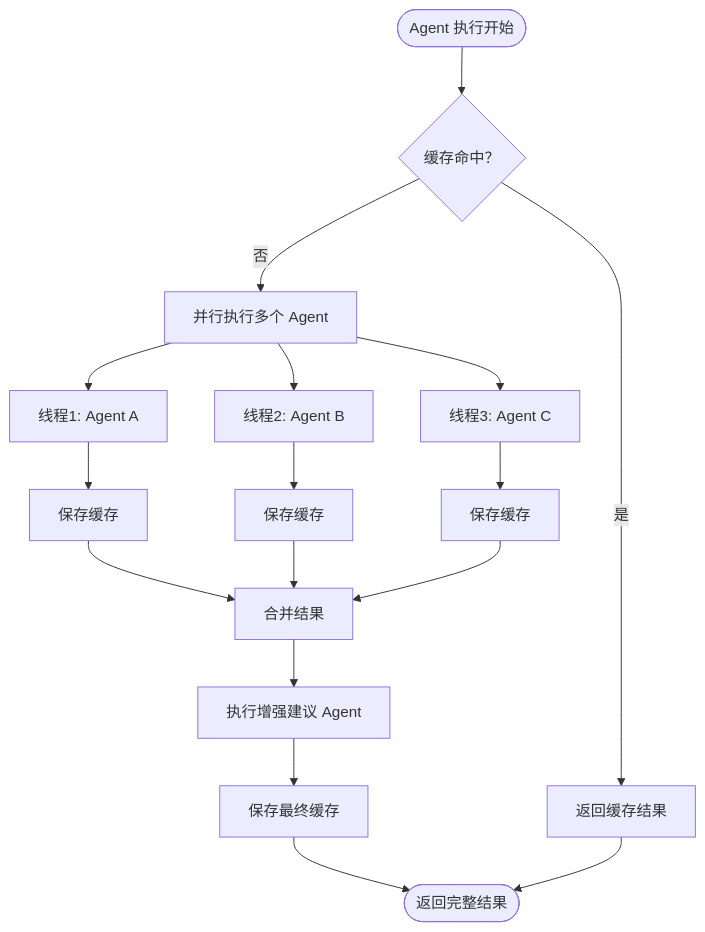
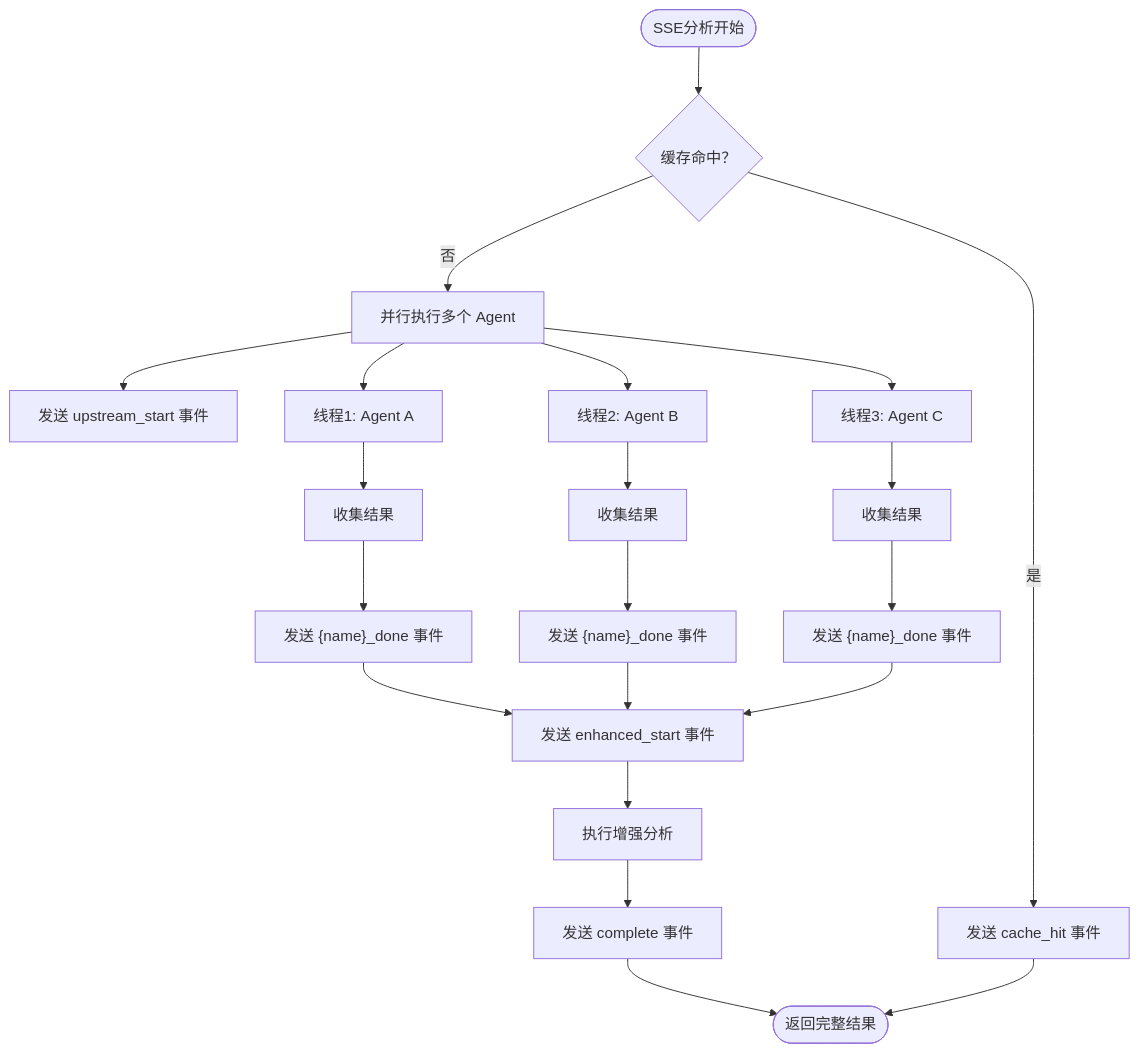
One commit to Moruime/stock_foker changed the sixth of 7 diagrams in .qoder/repowiki/zh/content/部署运维/性能优化.md. Above: the diagram before and after it, drawn with Mermaid. The commit also changed other lines of this file and 16 other files, not shown here.

````diff
--- a/.qoder/repowiki/zh/content/部署运维/性能优化.md
+++ b/.qoder/repowiki/zh/content/部署运维/性能优化.md
@@ -360,19 +387,23 @@
 ```mermaid
 flowchart TD
-Start(["Agent 执行开始"]) --> CheckCache{"缓存命中？"}
-CheckCache --> |是| ReturnCache["返回缓存结果"]
+Start(["SSE分析开始"]) --> CheckCache{"缓存命中？"}
+CheckCache --> |是| CacheHit["发送 cache_hit 事件"]
 CheckCache --> |否| ParallelExec["并行执行多个 Agent"]
-ParallelExec --> Thread1["线程1: Agent A"]
-ParallelExec --> Thread2["线程2: Agent B"]
-ParallelExec --> Thread3["线程3: Agent C"]
-Thread1 --> SaveCache1["保存缓存"]
-Thread2 --> SaveCache2["保存缓存"]
-Thread3 --> SaveCache3["保存缓存"]
-SaveCache1 --> MergeResults["合并结果"]
-SaveCache2 --> MergeResults
-SaveCache3 --> MergeResults
-MergeResults --> Enhanced["执行增强建议 Agent"]
-Enhanced --> FinalCache["保存最终缓存"]
-FinalCache --> End(["返回完整结果"])
-ReturnCache --> End
+ParallelExec --> UpstreamStart["发送 upstream_start 事件"]
+ParallelExec --> Worker1["线程1: Agent A"]
+ParallelExec --> Worker2["线程2: Agent B"]
+ParallelExec --> Worker3["线程3: Agent C"]
+Worker1 --> Result1["收集结果"]
+Worker2 --> Result2["收集结果"]
+Worker3 --> Result3["收集结果"]
+Result1 --> SSEDone1["发送 {name}_done 事件"]
+Result2 --> SSEDone2["发送 {name}_done 事件"]
+Result3 --> SSEDone3["发送 {name}_done 事件"]
+SSEDone1 --> EnhancedStart["发送 enhanced_start 事件"]
+SSEDone2 --> EnhancedStart
+SSEDone3 --> EnhancedStart
+EnhancedStart --> EnhancedAnalysis["执行增强分析"]
+EnhancedAnalysis --> Complete["发送 complete 事件"]
+Complete --> End(["返回完整结果"])
+CacheHit --> End
 ```
````
